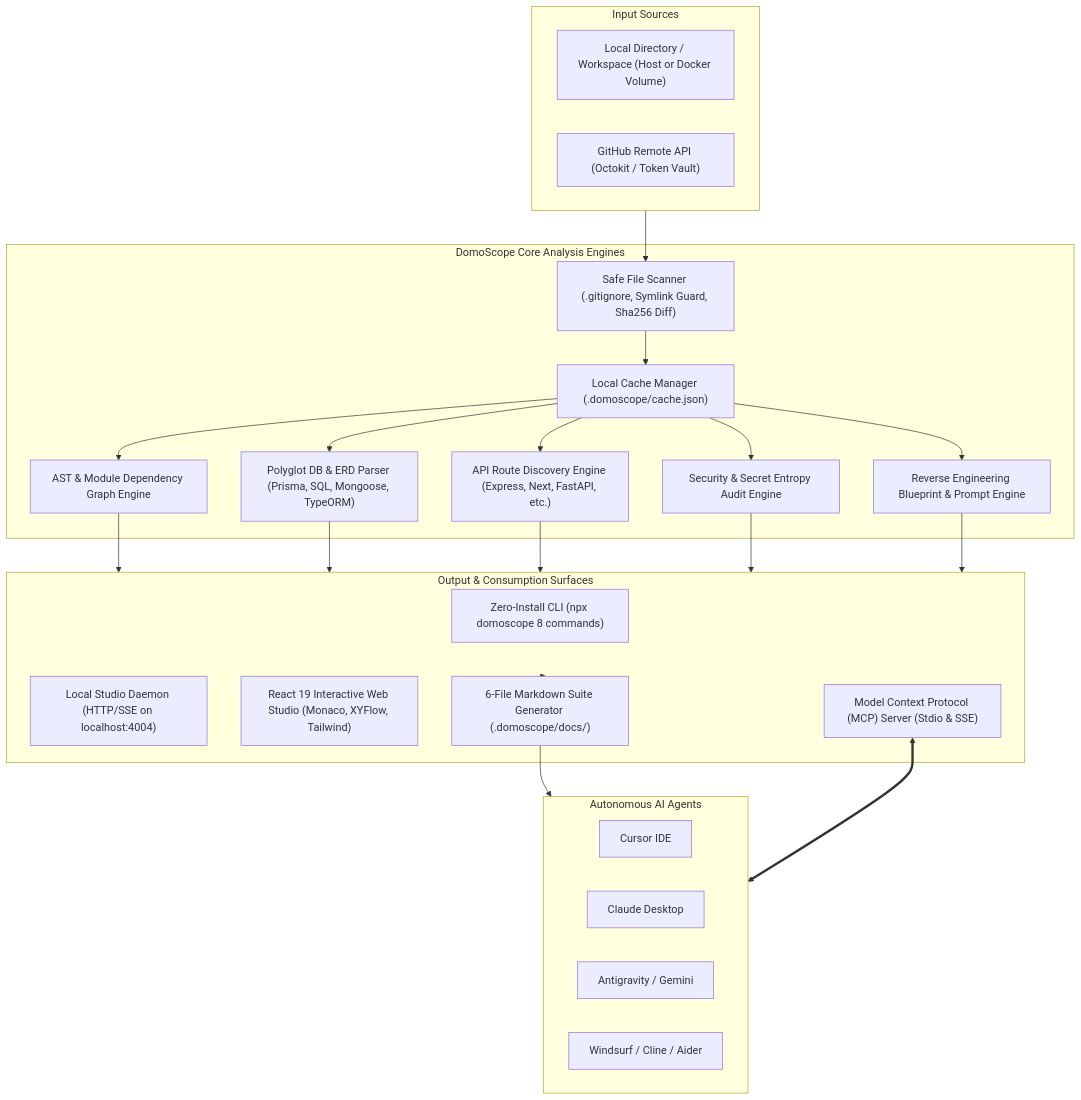
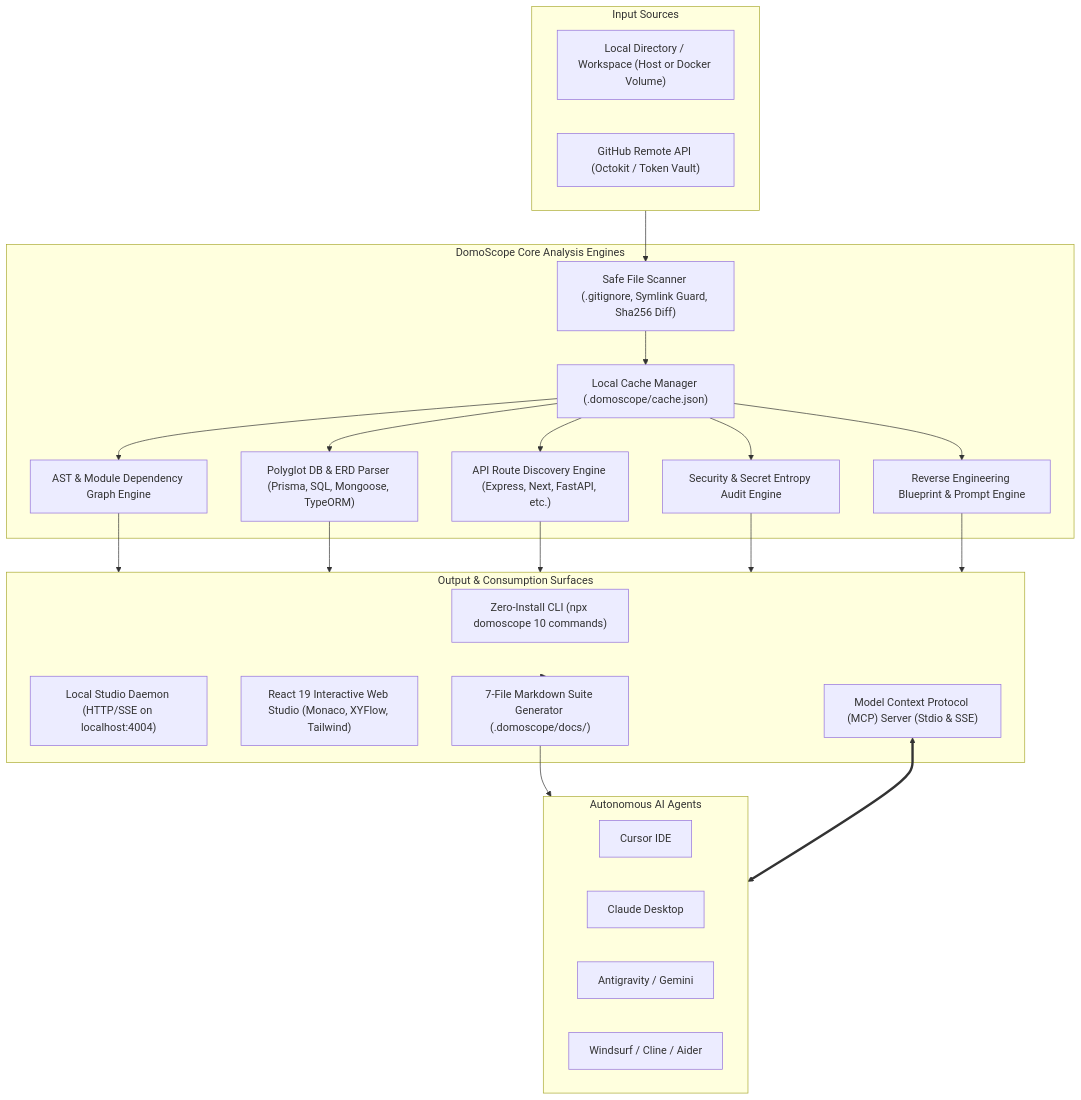
The first of 2 diagrams in sot/01_ARCHITECTURE.md (darknecrocities/DomoScope), drawn with Mermaid before and after one commit. The commit also changed 14 other files, not shown here.

Commit message:
feat: add dual-repository comparison & architectural grading across web studio and cli

````diff
--- a/sot/01_ARCHITECTURE.md
+++ b/sot/01_ARCHITECTURE.md
@@ -13,41 +13,41 @@
 ```mermaid
 flowchart TD
     subgraph InputSources ["Input Sources"]
         LocalRepo["Local Directory / Workspace (Host or Docker Volume)"]
         RemoteRepo["GitHub Remote API (Octokit / Token Vault)"]
     end
 
     subgraph CoreEngine ["DomoScope Core Analysis Engines"]
         Scanner["Safe File Scanner (.gitignore, Symlink Guard, Sha256 Diff)"]
         CacheMgr["Local Cache Manager (.domoscope/cache.json)"]
         ASTEngine["AST & Module Dependency Graph Engine"]
         DBParser["Polyglot DB & ERD Parser (Prisma, SQL, Mongoose, TypeORM)"]
         APICatalog["API Route Discovery Engine (Express, Next, FastAPI, etc.)"]
         SecurityScanner["Security & Secret Entropy Audit Engine"]
         ReverseEng["Reverse Engineering Blueprint & Prompt Engine"]
     end
 
     subgraph OutputSurfaces ["Output & Consumption Surfaces"]
-        CLI["Zero-Install CLI (npx domoscope 8 commands)"]
+        CLI["Zero-Install CLI (npx domoscope 10 commands)"]
         LocalServer["Local Studio Daemon (HTTP/SSE on localhost:4004)"]
         WebStudio["React 19 Interactive Web Studio (Monaco, XYFlow, Tailwind)"]
-        DocsGen["6-File Markdown Suite Generator (.domoscope/docs/)"]
+        DocsGen["7-File Markdown Suite Generator (.domoscope/docs/)"]
         MCPEngine["Model Context Protocol (MCP) Server (Stdio & SSE)"]
     end
 
     subgraph AIAgents ["Autonomous AI Agents"]
         AgentCursor["Cursor IDE"]
         AgentClaude["Claude Desktop"]
         AgentAntigravity["Antigravity / Gemini"]
         AgentOther["Windsurf / Cline / Aider"]
     end
 
     InputSources --> Scanner
     Scanner --> CacheMgr
     CacheMgr --> ASTEngine & DBParser & APICatalog & SecurityScanner & ReverseEng
     
     ASTEngine & DBParser & APICatalog & SecurityScanner & ReverseEng --> OutputSurfaces
     OutputSurfaces --> DocsGen
     DocsGen --> AIAgents
     MCPEngine <==> AIAgents
 ```
````
